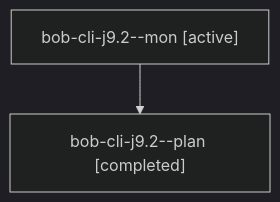
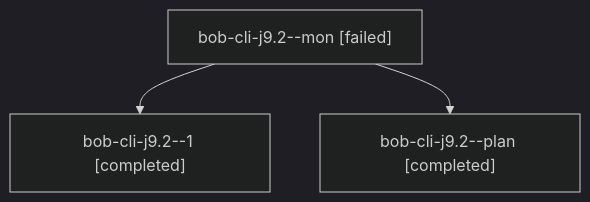
One commit to bobs-org/bob-cli--agents changed the diagram in sessions/bbugyi200.apollo.bob-cli-j9.2.md. Above: the diagram before and after it, drawn with Mermaid (dark theme). The commit also changed other lines of this file and 30 other files, not shown here.

````diff
--- a/sessions/bbugyi200.apollo.bob-cli-j9.2.md
+++ b/sessions/bbugyi200.apollo.bob-cli-j9.2.md
@@ -9,6 +9,8 @@
 ```mermaid
 flowchart TD
-  n0["bob-cli-j9.2--mon [active]"]
-  n1["bob-cli-j9.2--plan [completed]"]
+  n0["bob-cli-j9.2--mon [failed]"]
+  n1["bob-cli-j9.2--1 [completed]"]
   n0 --> n1
+  n2["bob-cli-j9.2--plan [completed]"]
+  n0 --> n2
 ```
````
